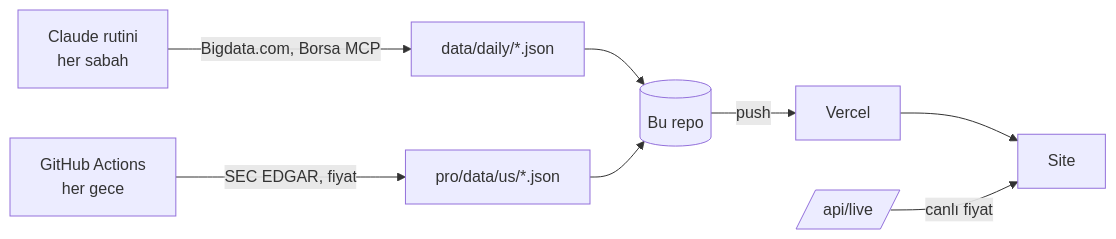
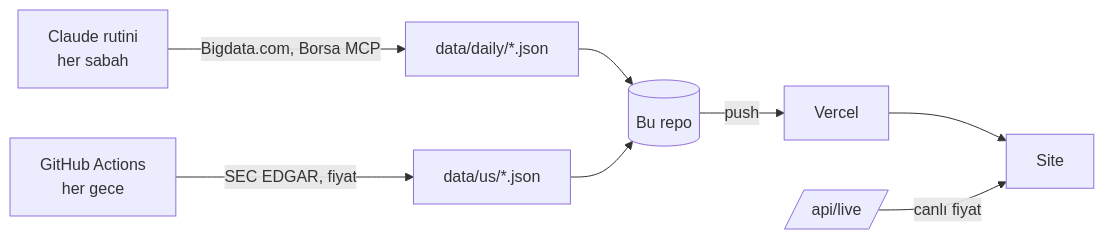
Before and after one commit to burakcolay/piyasa-paneli: the diagram in README.md, drawn with Mermaid. The commit also changed other lines of this file and 194 other files, not shown here.

````diff
--- a/README.md
+++ b/README.md
@@ -61,10 +60,10 @@
 ```mermaid
 flowchart LR
     A[Claude rutini<br/>her sabah] -->|Bigdata.com, Borsa MCP| B[data/daily/*.json]
-    G[GitHub Actions<br/>her gece] -->|SEC EDGAR, fiyat| H[pro/data/us/*.json]
+    G[GitHub Actions<br/>her gece] -->|SEC EDGAR, fiyat| H[data/us/*.json]
     B --> C[(Bu repo)]
     H --> C
     C -->|push| D[Vercel]
     D --> E[Site]
     F[/api/live/] -->|canlı fiyat| E
 ```
````
